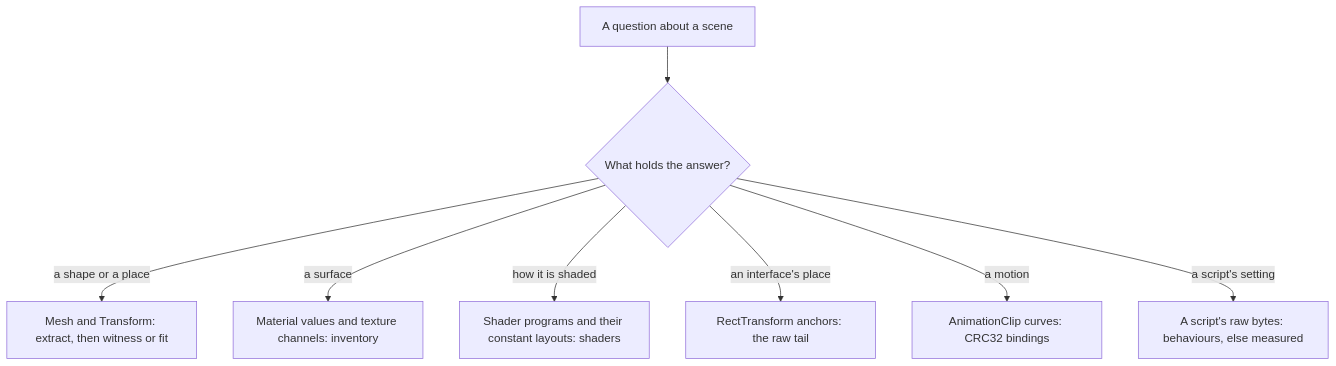
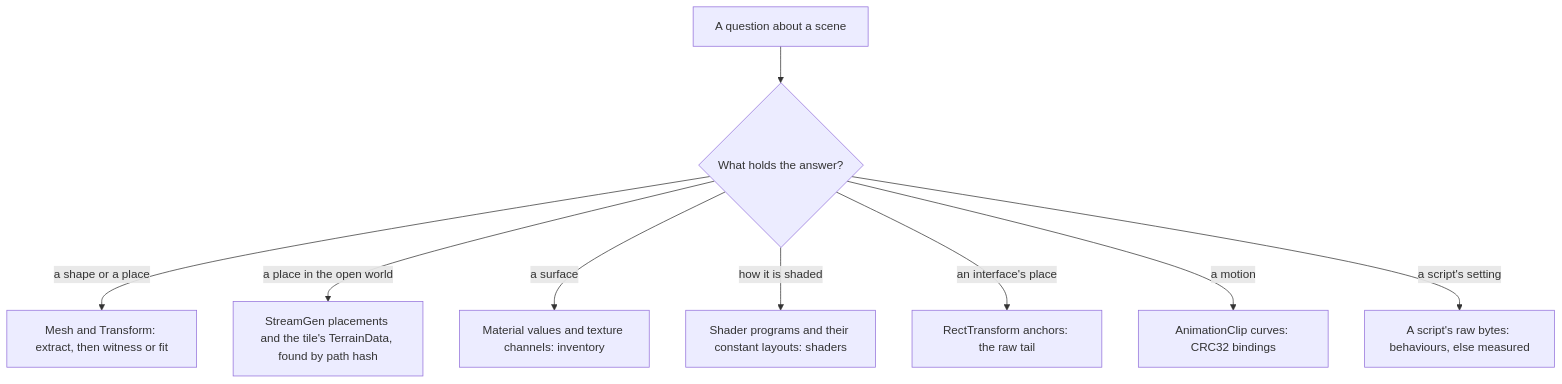
Before and after one commit to Esposter/Esposter: the first of 2 diagrams in apps/web/content/docs/genshin/game-data-formats.md, drawn with Mermaid. The commit also changed other lines of this file and 10 other files, not shown here.

First line of the commit message:
feat(genshin-assets): the open world's placements and a tile's heights are read from the game's streaming data, and Windrise's oak and statue are found in it

````diff
--- a/apps/web/content/docs/genshin/game-data-formats.md
+++ b/apps/web/content/docs/genshin/game-data-formats.md
@@ -12,10 +12,11 @@
 ```mermaid
 flowchart TD
   Q[A question about a scene] --> K{What holds the answer?}
   K -->|"a shape or a place"| M["Mesh and Transform: extract, then witness or fit"]
+  K -->|"a place in the open world"| W["StreamGen placements and the tile's TerrainData, found by path hash"]
   K -->|"a surface"| T["Material values and texture channels: inventory"]
   K -->|"how it is shaded"| S["Shader programs and their constant layouts: shaders"]
   K -->|"an interface's place"| R["RectTransform anchors: the raw tail"]
   K -->|"a motion"| C["AnimationClip curves: CRC32 bindings"]
   K -->|"a script's setting"| F["A script's raw bytes: behaviours, else measured"]
 ```
````
